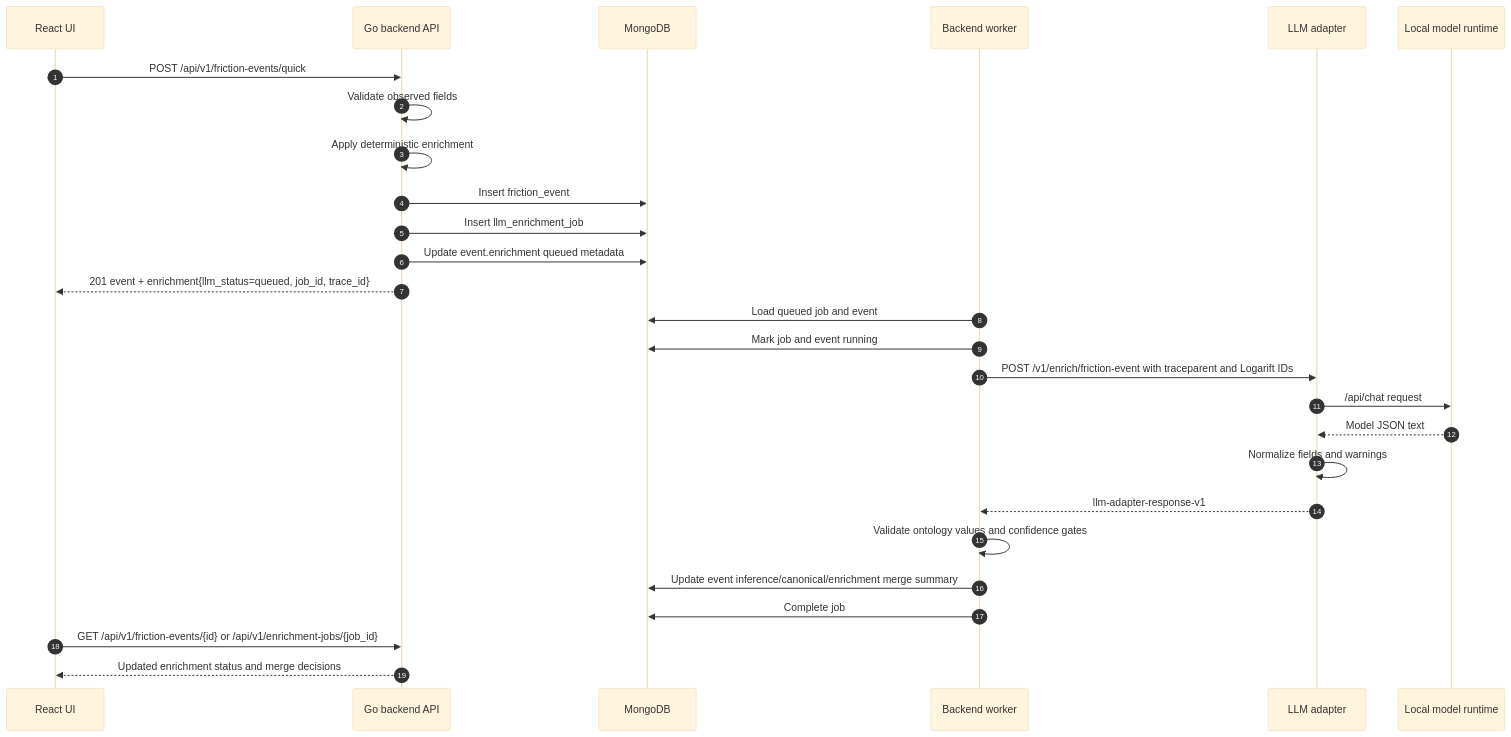
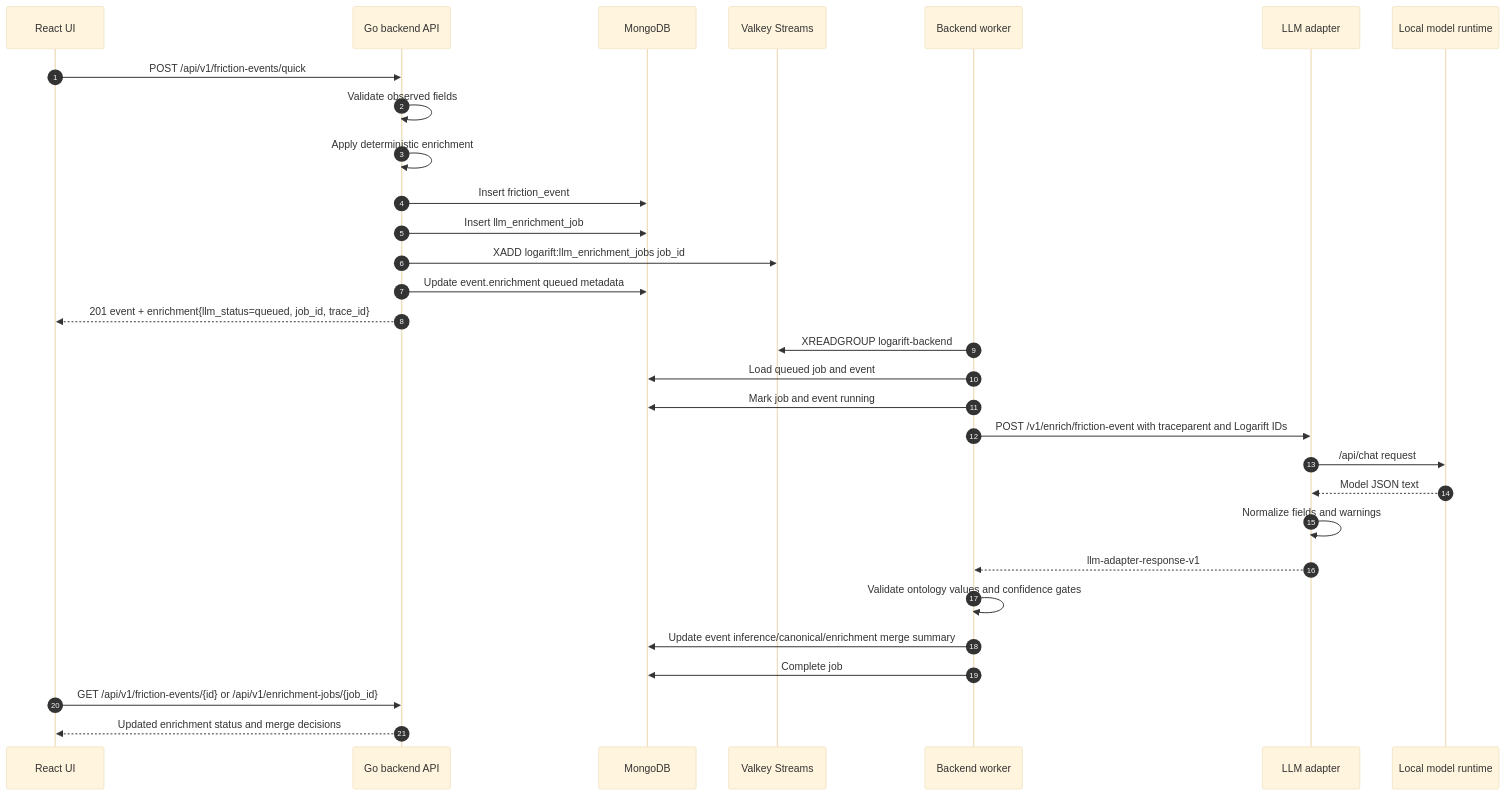
The second of 4 diagrams in docs/technical/system-design.md (MisterVVP/logarift), drawn with Mermaid (base theme) before and after one commit. The commit also changed other lines of this file and 16 other files, not shown here.

Commit message:
feat: dispatch llm jobs via valkey streams

````diff
--- a/docs/technical/system-design.md
+++ b/docs/technical/system-design.md
@@ -36,31 +39,34 @@
 ```mermaid
 sequenceDiagram
   autonumber
   participant UI as React UI
   participant API as Go backend API
   participant DB as MongoDB
+  participant Valkey as Valkey Streams
   participant Worker as Backend worker
   participant Adapter as LLM adapter
   participant Runtime as Local model runtime
 
   UI->>API: POST /api/v1/friction-events/quick
   API->>API: Validate observed fields
   API->>API: Apply deterministic enrichment
   API->>DB: Insert friction_event
   API->>DB: Insert llm_enrichment_job
+  API->>Valkey: XADD logarift:llm_enrichment_jobs job_id
   API->>DB: Update event.enrichment queued metadata
   API-->>UI: 201 event + enrichment{llm_status=queued, job_id, trace_id}
 
+  Worker->>Valkey: XREADGROUP logarift-backend
   Worker->>DB: Load queued job and event
   Worker->>DB: Mark job and event running
   Worker->>Adapter: POST /v1/enrich/friction-event with traceparent and Logarift IDs
   Adapter->>Runtime: /api/chat request
   Runtime-->>Adapter: Model JSON text
   Adapter->>Adapter: Normalize fields and warnings
   Adapter-->>Worker: llm-adapter-response-v1
   Worker->>Worker: Validate ontology values and confidence gates
   Worker->>DB: Update event inference/canonical/enrichment merge summary
   Worker->>DB: Complete job
   UI->>API: GET /api/v1/friction-events/{id} or /api/v1/enrichment-jobs/{job_id}
   API-->>UI: Updated enrichment status and merge decisions
 ```
````
